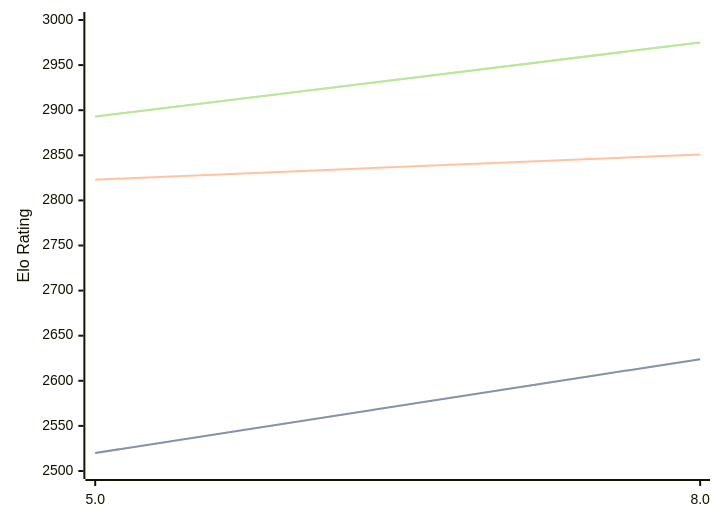
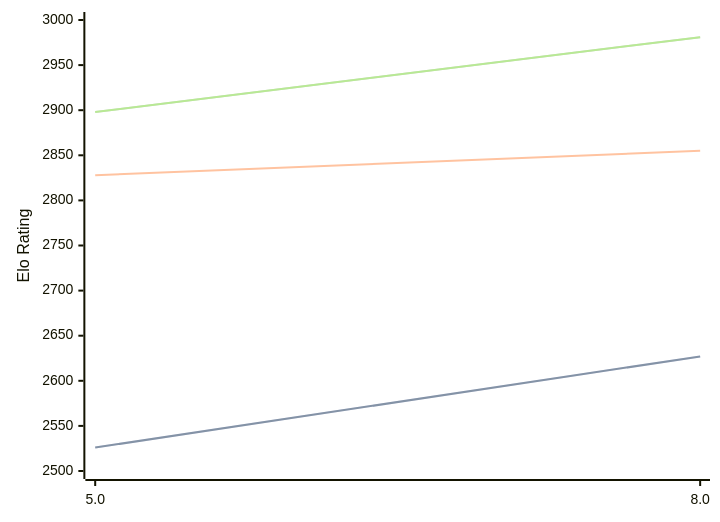
The diagram in engines/4kc.md (computer-chess-index/cci), drawn with Mermaid before and after one commit. The commit also changed other lines of this file, not shown here.

Commit message:
Update CCI Ratings (ELO VLTC) - 2026-04-18

````diff
--- a/engines/4kc.md
+++ b/engines/4kc.md
@@ -41,11 +41,11 @@
 ```mermaid
 %%{init: {"theme":"base","themeVariables":{"seriesColors:['#a3a3a3','#222221','#faa371']}}}%%
 xychart-beta
   x-axis ["5.0", "8.0"]
   y-axis "Elo Rating" 2500 --> 3000
-  line "STC (8.0+0.08s)" [2520, 2624]
-  line "STC (8.0+0.08s)" [2520, 2624]
-  line "LTC (60.0+0.60s)" [2823, 2851]
-  line "VLTC (2m24s+1.12s)" [2893, 2975]
-  line "VLTC (2m24s+1.12s)" [2893, 2975]
+  line "STC (8.0+0.08s)" [2526, 2627]
+  line "STC (8.0+0.08s)" [2526, 2627]
+  line "LTC (60.0+0.60s)" [2828, 2855]
+  line "VLTC (2m24s+1.12s)" [2898, 2981]
+  line "VLTC (2m24s+1.12s)" [2898, 2981]
 ```
````
